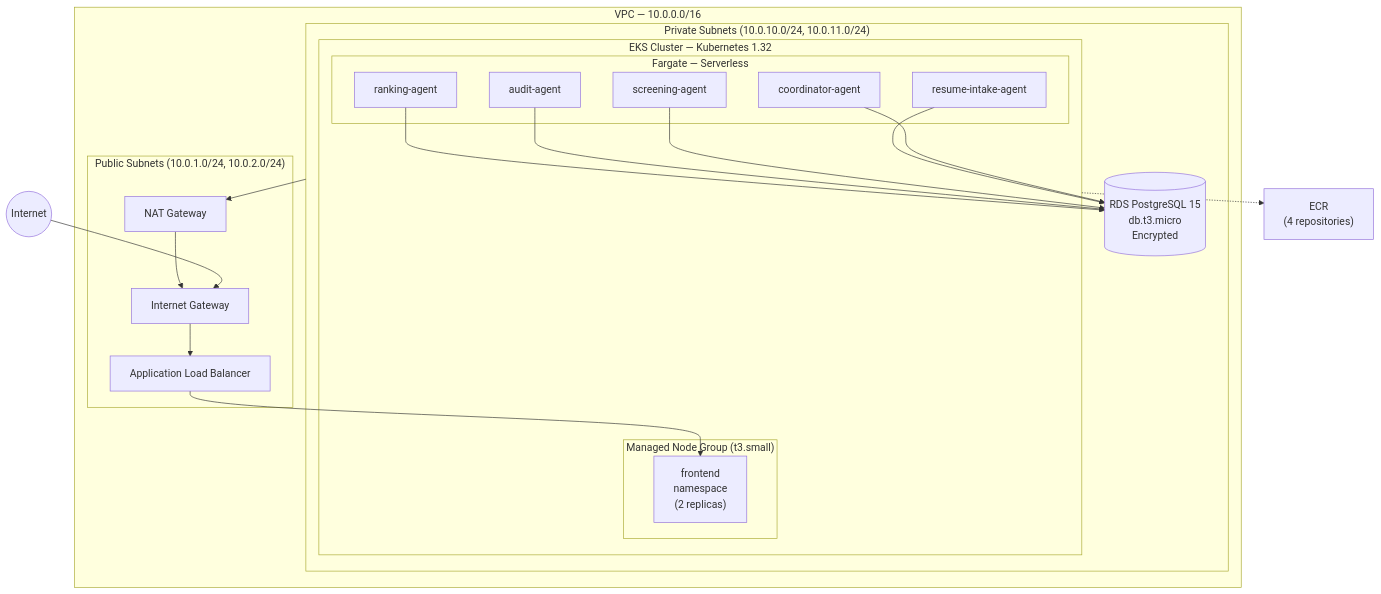
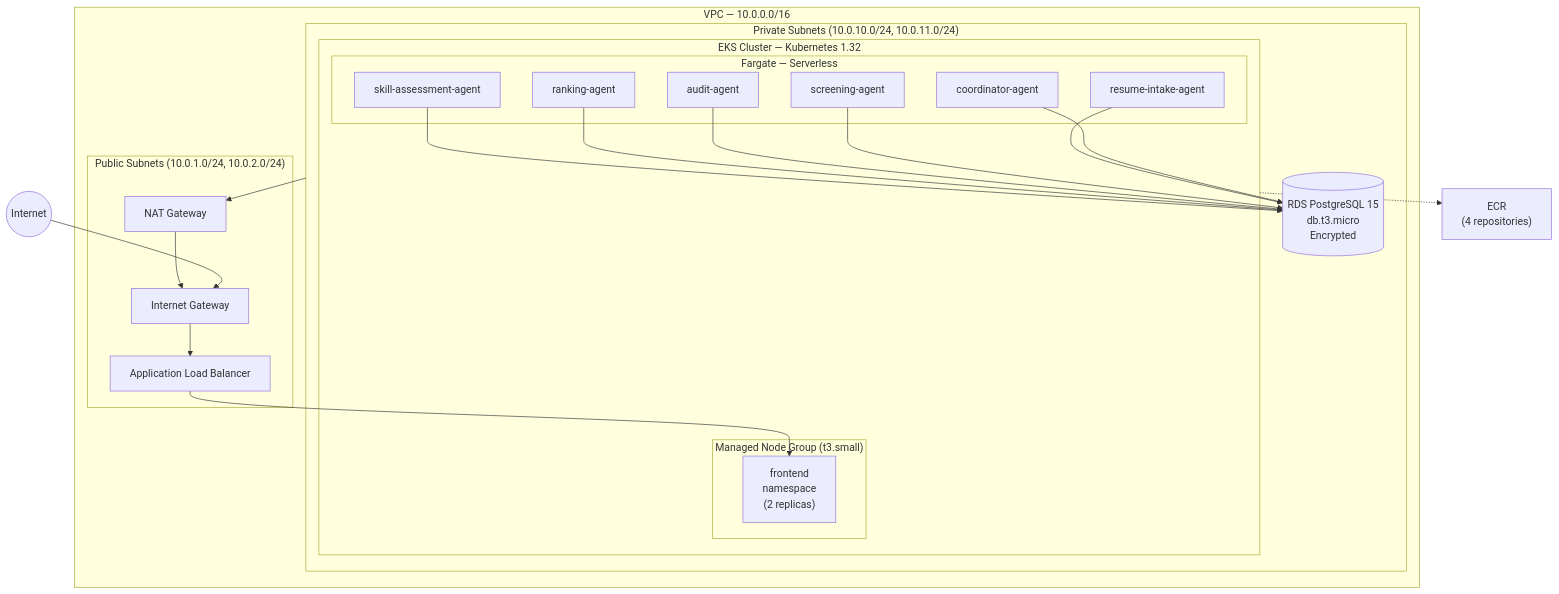
Before and after one commit to NUS-ISS-T20-GCAAS/agent-based-hiring-system: the first of 2 diagrams in infra/terraform/README.md, drawn with Mermaid. The commit also changed other lines of this file and 6 other files, not shown here.

Commit message:
Add skill agent into workflow

````diff
--- a/infra/terraform/README.md
+++ b/infra/terraform/README.md
@@ -44,39 +45,41 @@
 ```mermaid
 graph TB
     Internet((Internet))
 
     subgraph VPC["VPC — 10.0.0.0/16"]
         subgraph PubSub["Public Subnets (10.0.1.0/24, 10.0.2.0/24)"]
             IGW[Internet Gateway]
             ALB[Application Load Balancer]
             NAT[NAT Gateway]
         end
 
         subgraph PrivSub["Private Subnets (10.0.10.0/24, 10.0.11.0/24)"]
             subgraph EKS["EKS Cluster — Kubernetes 1.32"]
                 subgraph NodeGroup["Managed Node Group (t3.small)"]
                     FE["frontend<br/>namespace<br/>(2 replicas)"]
                 end
                 subgraph Fargate["Fargate — Serverless"]
                     COORD["coordinator-agent"]
                     RESUME["resume-intake-agent"]
                     SCREEN["screening-agent"]
                     AUDIT["audit-agent"]
                     RANKING["ranking-agent"]
+                    SKILL["skill-assessment-agent"]
                 end
             end
             RDS[("RDS PostgreSQL 15<br/>db.t3.micro<br/>Encrypted")]
         end
     end
 
     ECR["ECR<br/>(4 repositories)"]
 
     Internet --> IGW --> ALB --> FE
     COORD --> RDS
     RESUME --> RDS
     SCREEN --> RDS
     AUDIT --> RDS
     RANKING --> RDS
+    SKILL --> RDS
     PrivSub --> NAT --> IGW
     EKS -.-> ECR
 ```
````
